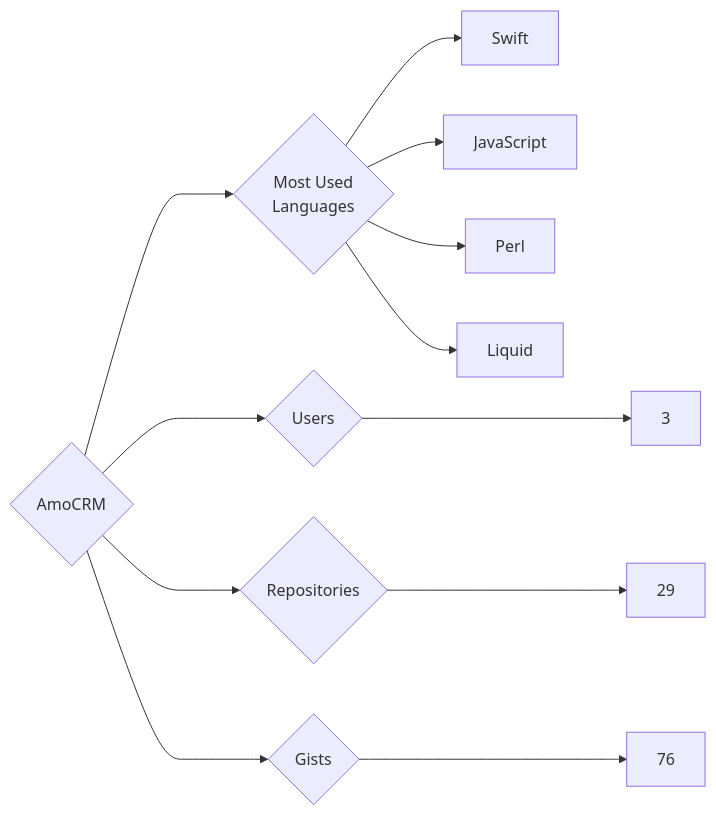
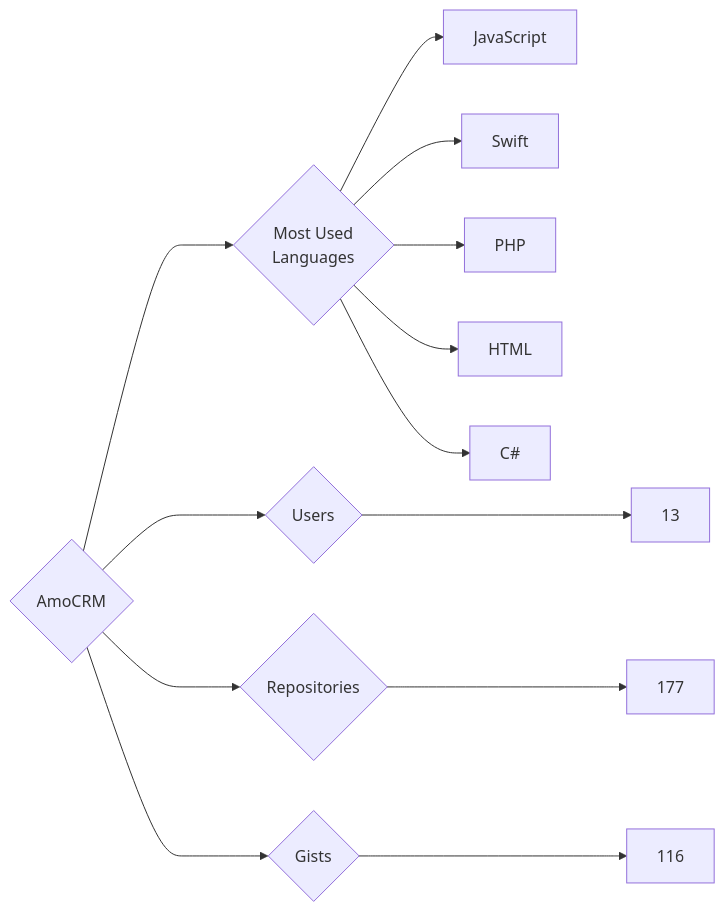
Before and after one commit to trickest/insiders: the diagram in targets/AmoCRM/README.md, drawn with Mermaid. The commit also changed 861 other files, not shown here.

````diff
--- a/targets/AmoCRM/README.md
+++ b/targets/AmoCRM/README.md
@@ -3,12 +3,13 @@
 ```mermaid
 graph LR
 COMPANY_NAME{AmoCRM}
-COMPANY_NAME ---> U{Users} ---> UN[3]
-COMPANY_NAME ---> R{Repositories} ---> RN[29]
-COMPANY_NAME ---> G{Gists} ---> GN[76]
+COMPANY_NAME ---> U{Users} ---> UN[13]
+COMPANY_NAME ---> R{Repositories} ---> RN[177]
+COMPANY_NAME ---> G{Gists} ---> GN[116]
 COMPANY_NAME ---> ML{Most Used<br>Languages}
+ML --> JavaScript[JavaScript]
 ML --> Swift[Swift]
-ML --> JavaScript[JavaScript]
-ML --> Perl[Perl]
-ML --> Liquid[Liquid]
+ML --> PHP[PHP]
+ML --> HTML[HTML]
+ML --> C#[C#]
 ```
````
